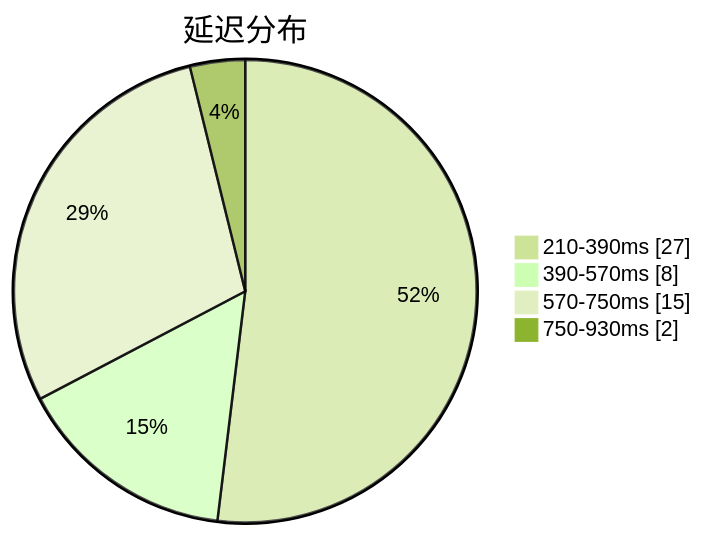
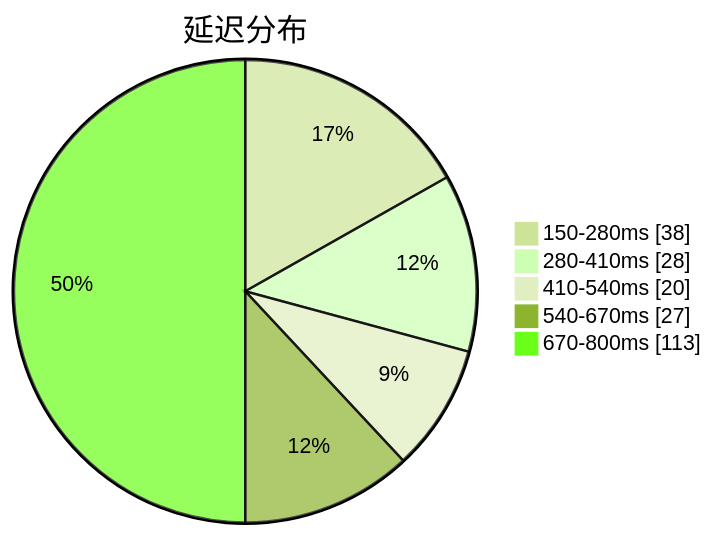
Before and after one commit to qjlxg/airport: the first of 3 diagrams in subs/statistics/tested_within.md, drawn with Mermaid (forest theme). The commit also changed other lines of this file and 2 other files, not shown here.

````diff
--- a/subs/statistics/tested_within.md
+++ b/subs/statistics/tested_within.md
@@ -2,8 +2,9 @@
 ```mermaid
 pie showData
 title 延迟分布
-"210-390ms" : 27
-"390-570ms" : 8
-"570-750ms" : 15
-"750-930ms" : 2
+"150-280ms" : 38
+"280-410ms" : 28
+"410-540ms" : 20
+"540-670ms" : 27
+"670-800ms" : 113
 ```
````
